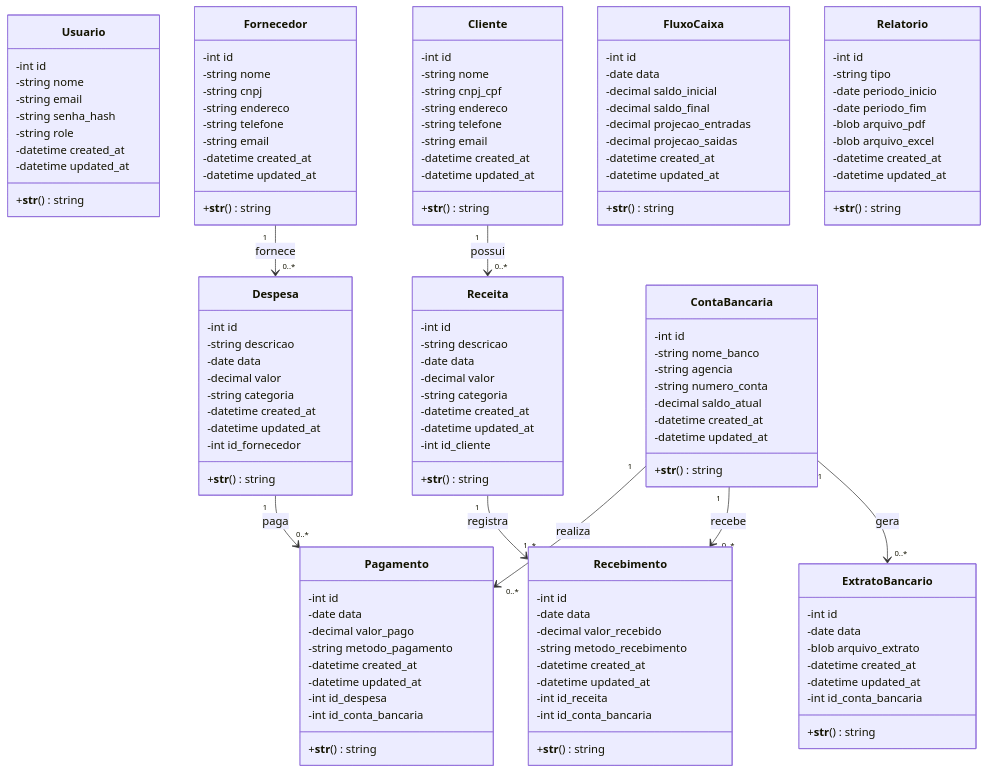
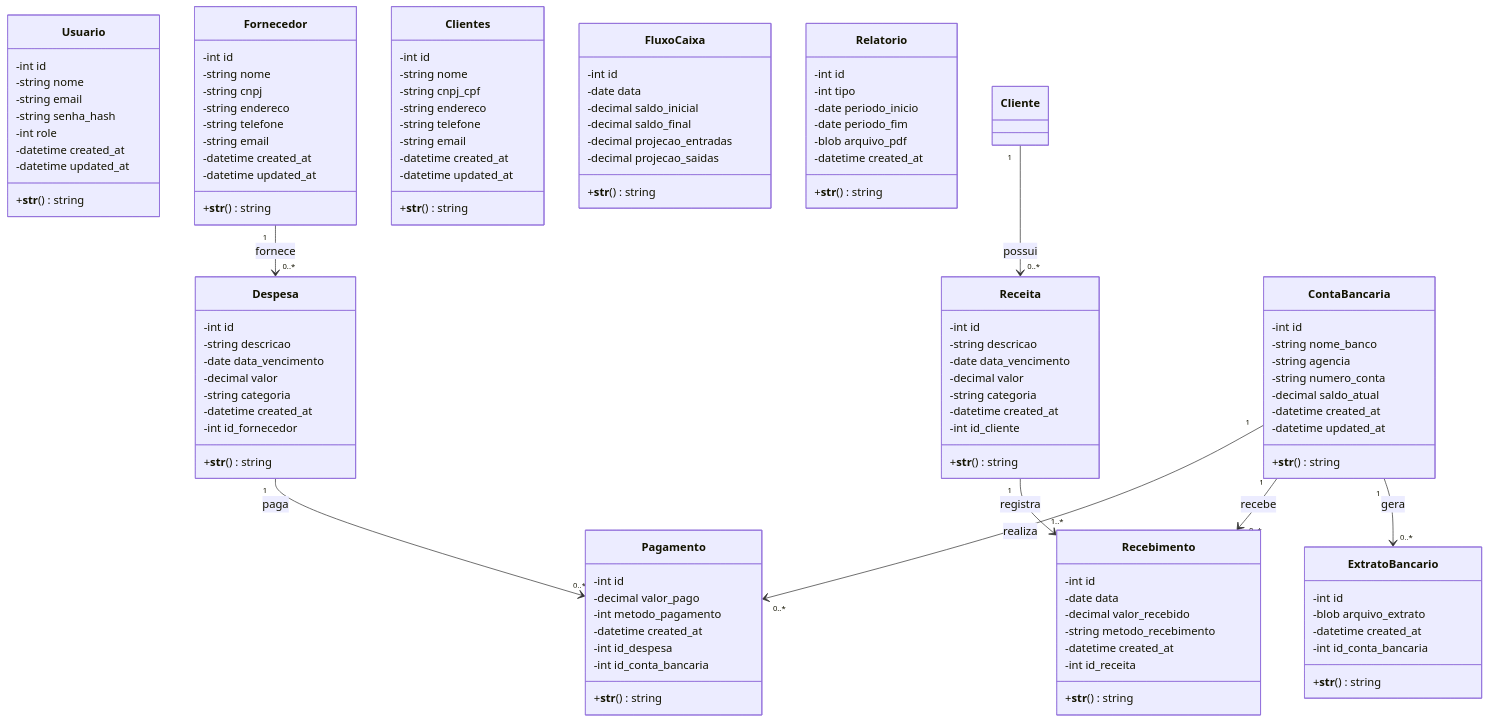
Before and after one commit to Gabriela-Amaro/Sistema-Mugiwara: the diagram in README.DC.md, drawn with Mermaid.

```diff
--- a/README.DC.md
+++ b/README.DC.md
@@ -9,7 +9,7 @@
         -string nome
         -string email
         -string senha_hash
-        -string role
+        -int role
         -datetime created_at
         -datetime updated_at
         +__str__() string
@@ -30,28 +30,25 @@
     class Despesa {
         -int id
         -string descricao
-        -date data
+        -date data_vencimento
         -decimal valor
         -string categoria
         -datetime created_at
-        -datetime updated_at
         -int id_fornecedor
         +__str__() string
     }
 
     class Pagamento {
         -int id
-        -date data
         -decimal valor_pago
-        -string metodo_pagamento
+        -int metodo_pagamento
         -datetime created_at
-        -datetime updated_at
         -int id_despesa
         -int id_conta_bancaria
         +__str__() string
     }
 
-    class Cliente {
+    class Clientes {
         -int id
         -string nome
         -string cnpj_cpf
@@ -66,11 +63,10 @@
     class Receita {
         -int id
         -string descricao
-        -date data
+        -date data_vencimento
         -decimal valor
         -string categoria
         -datetime created_at
-        -datetime updated_at
         -int id_cliente
         +__str__() string
     }
@@ -81,9 +77,7 @@
         -decimal valor_recebido
         -string metodo_recebimento
         -datetime created_at
-        -datetime updated_at
         -int id_receita
-        -int id_conta_bancaria
         +__str__() string
     }
 
@@ -94,20 +88,16 @@
         -decimal saldo_final
         -decimal projecao_entradas
         -decimal projecao_saidas
-        -datetime created_at
-        -datetime updated_at
         +__str__() string
     }
 
     class Relatorio {
         -int id
-        -string tipo
+        -int tipo
         -date periodo_inicio
         -date periodo_fim
         -blob arquivo_pdf
-        -blob arquivo_excel
         -datetime created_at
-        -datetime updated_at
         +__str__() string
     }
 
@@ -124,10 +114,8 @@
 
     class ExtratoBancario {
         -int id
-        -date data
         -blob arquivo_extrato
         -datetime created_at
-        -datetime updated_at
         -int id_conta_bancaria
         +__str__() string
     }
```
